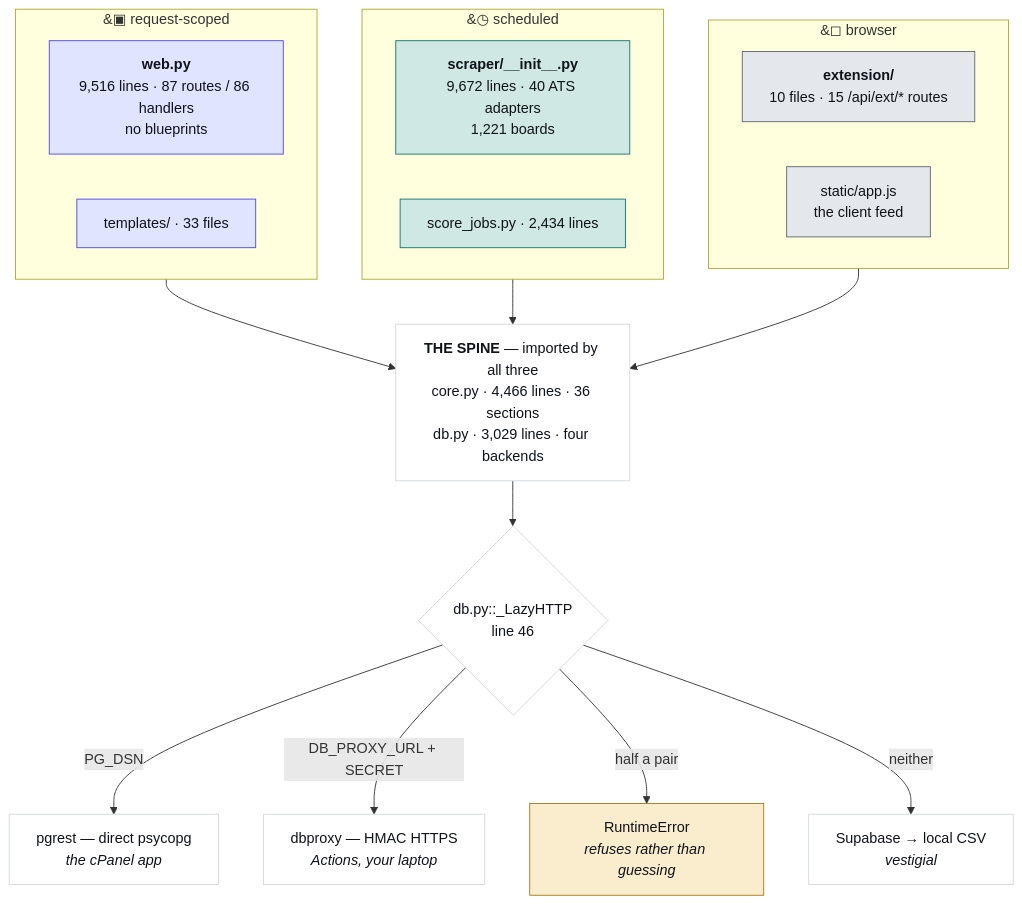
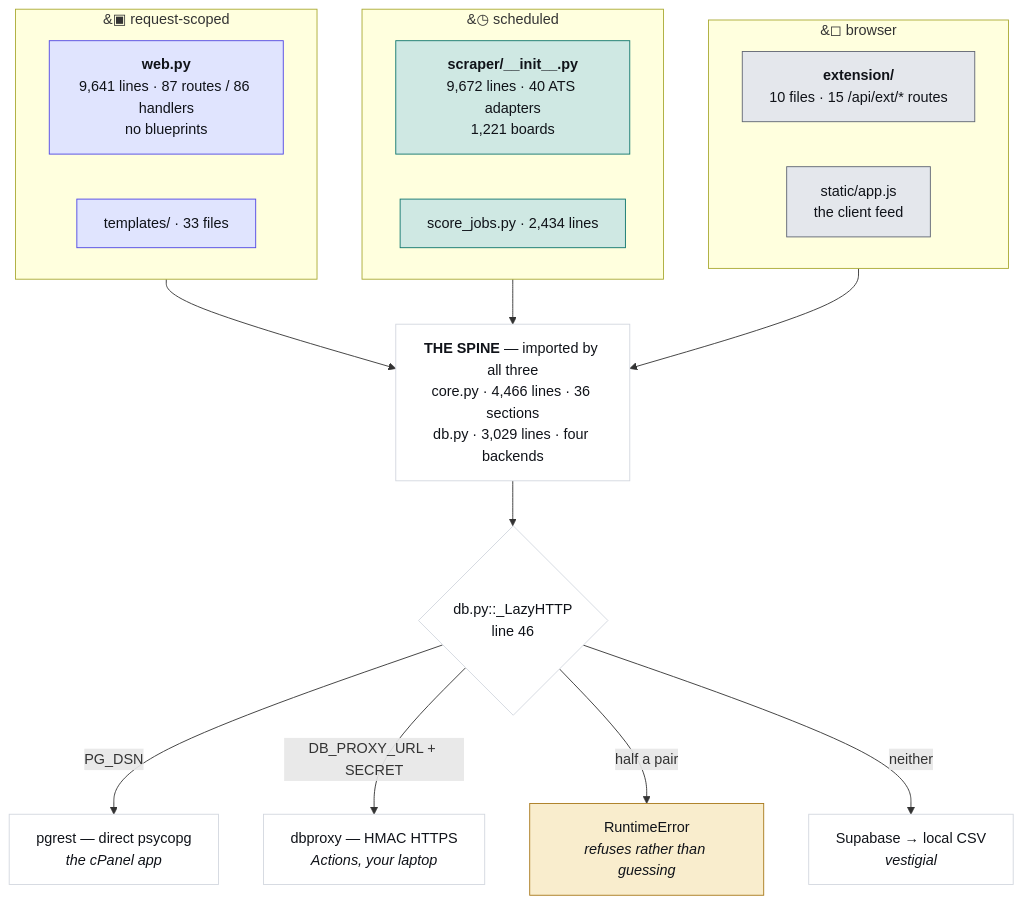
Before and after one commit to hadakunal909-debug/job-search-tool: the first of 4 diagrams in JobMatch Scraper/docs/ARCHITECTURE.md, drawn with Mermaid. The commit also changed other lines of this file and 7 other files, not shown here.

````diff
--- a/JobMatch Scraper/docs/ARCHITECTURE.md
+++ b/JobMatch Scraper/docs/ARCHITECTURE.md
@@ -45,34 +45,34 @@
 ```mermaid
 flowchart TB
   subgraph REQ["&#9635; request-scoped"]
-    W["<b>web.py</b><br/>9,516 lines · 87 routes / 86 handlers<br/>no blueprints"]
+    W["<b>web.py</b><br/>9,641 lines · 87 routes / 86 handlers<br/>no blueprints"]
     T["templates/ · 33 files"]
   end
   subgraph SCH["&#9719; scheduled"]
     S["<b>scraper/__init__.py</b><br/>9,672 lines · 40 ATS adapters<br/>1,221 boards"]
     J["score_jobs.py · 2,434 lines"]
   end
   subgraph CLI["&#9723; browser"]
     E["<b>extension/</b><br/>10 files · 15 /api/ext/* routes"]
     A["static/app.js<br/>the client feed"]
   end
   SPINE["<b>THE SPINE</b> — imported by all three<br/>core.py · 4,466 lines · 36 sections<br/>db.py · 3,029 lines · four backends"]
   REQ --> SPINE
   SCH --> SPINE
   CLI --> SPINE
   SPINE --> D{"db.py::_LazyHTTP<br/>line 46"}
   D -->|"PG_DSN"| P["pgrest — direct psycopg<br/><i>the cPanel app</i>"]
   D -->|"DB_PROXY_URL + SECRET"| X["dbproxy — HMAC HTTPS<br/><i>Actions, your laptop</i>"]
   D -->|"half a pair"| R["RuntimeError<br/><i>refuses rather than guessing</i>"]
   D -->|"neither"| V["Supabase → local CSV<br/><i>vestigial</i>"]
   classDef web fill:#e0e4fe,stroke:#4f46e5,color:#101319
   classDef sched fill:#cfe8e3,stroke:#0f766e,color:#101319
   classDef client fill:#e4e7ec,stroke:#5f6573,color:#101319
   classDef trap fill:#f9edcd,stroke:#a8781a,color:#101319
   classDef plain fill:#ffffff,stroke:#d3d7df,color:#101319
   class W,T web
   class S,J sched
   class E,A client
   class R trap
   class SPINE,D,P,X,V plain
 ```
````
